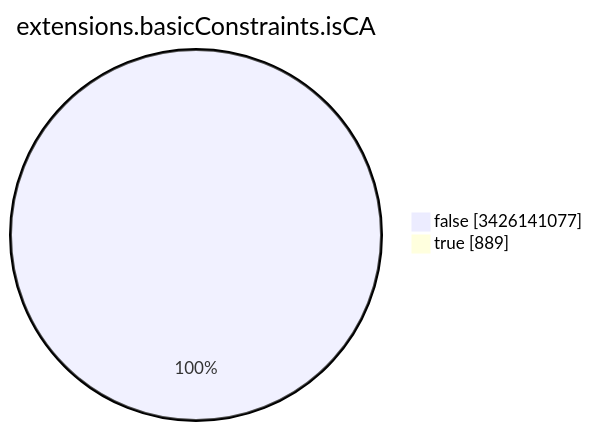
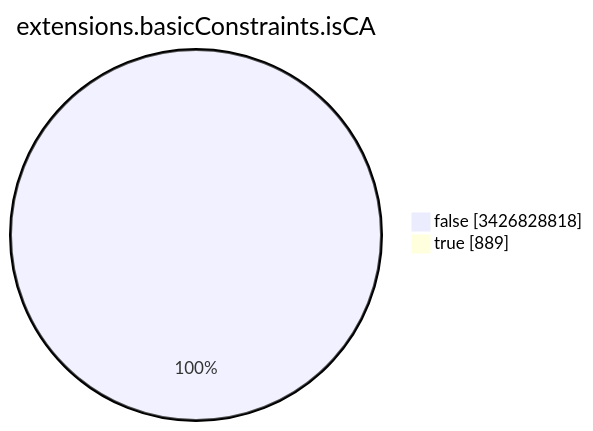
The seventh of 15 diagrams in TOTAL/README.md (christiankrug/ctmonitor_visualization), drawn with Mermaid before and after one commit. The commit also changed other lines of this file, not shown here.

````diff
--- a/TOTAL/README.md
+++ b/TOTAL/README.md
@@ -3092,6 +3092,6 @@
 ```mermaid
 pie showData
 title extensions.basicConstraints.isCA
-"false" :3426141077
+"false" :3426828818
 "true" :889
 ```
````
